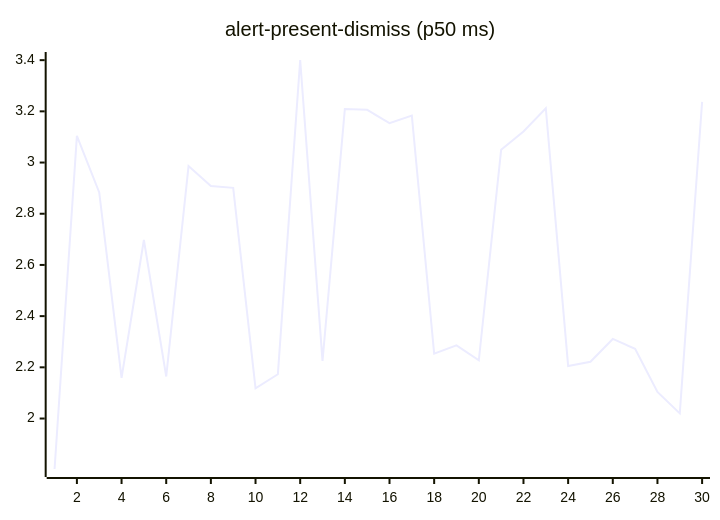
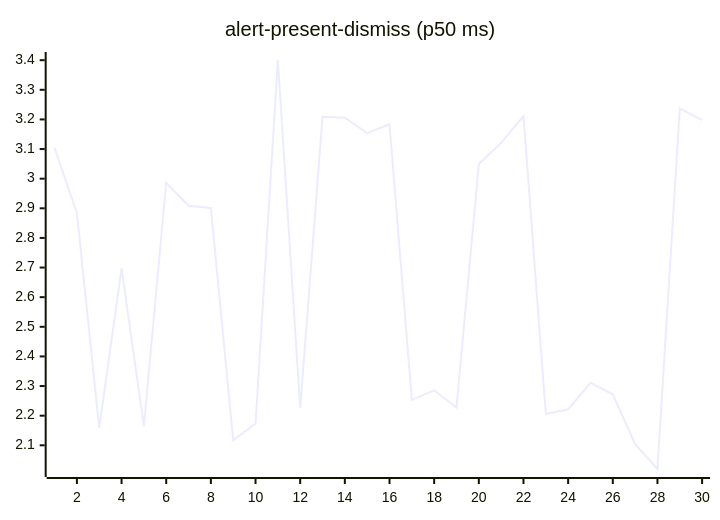
One commit to josha/Facet changed the second of 27 diagrams in README.md. Above: the diagram before and after it, drawn with Mermaid. The commit also changed other lines of this file and 2 other files, not shown here.

````diff
--- a/README.md
+++ b/README.md
@@ -70,6 +70,6 @@
 ```mermaid
 xychart-beta
     title "alert-present-dismiss (p50 ms)"
     x-axis 1 --> 30
-    line [1.8028, 3.1043, 2.8834, 2.1588, 2.6974, 2.1643, 2.9862, 2.9085, 2.9011, 2.1177, 2.1729, 3.4006, 2.2253, 3.2090, 3.2058, 3.1536, 3.1837, 2.2536, 2.2857, 2.2272, 3.0496, 3.1212, 3.2117, 2.2054, 2.2216, 2.3109, 2.2722, 2.1040, 2.0200, 3.2371]
+    line [3.1043, 2.8834, 2.1588, 2.6974, 2.1643, 2.9862, 2.9085, 2.9011, 2.1177, 2.1729, 3.4006, 2.2253, 3.2090, 3.2058, 3.1536, 3.1837, 2.2536, 2.2857, 2.2272, 3.0496, 3.1212, 3.2117, 2.2054, 2.2216, 2.3109, 2.2722, 2.1040, 2.0200, 3.2371, 3.1976]
 ```
````
